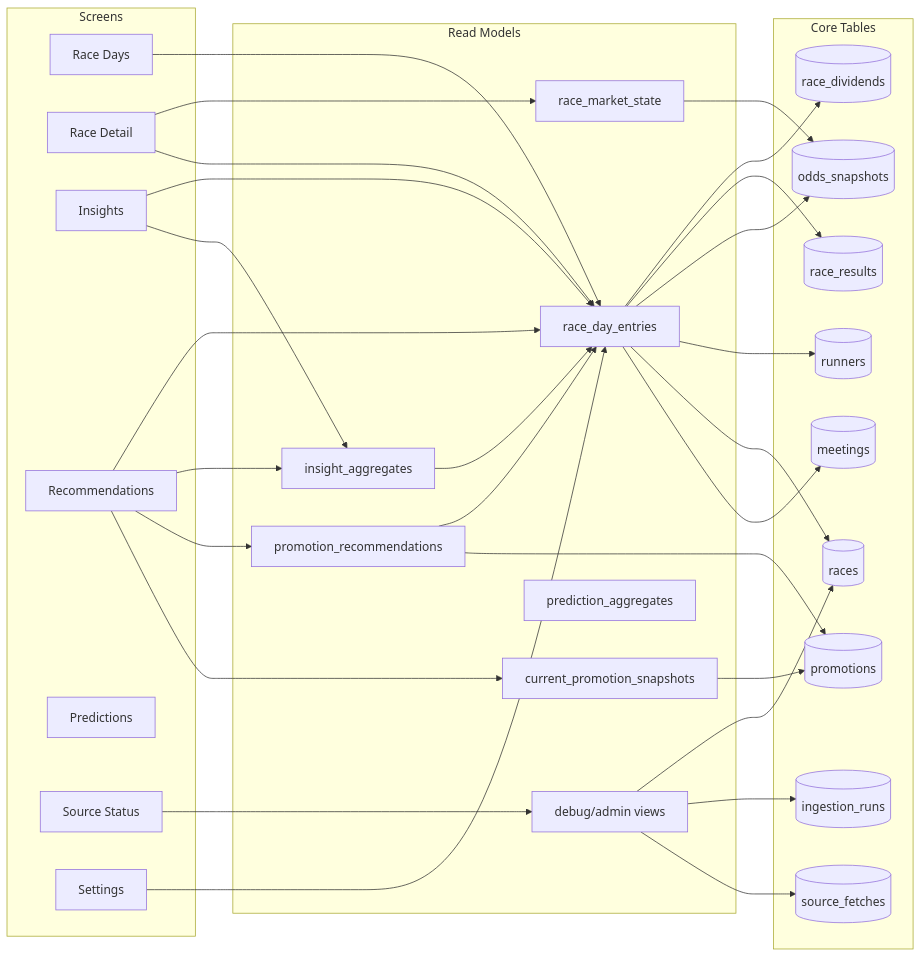
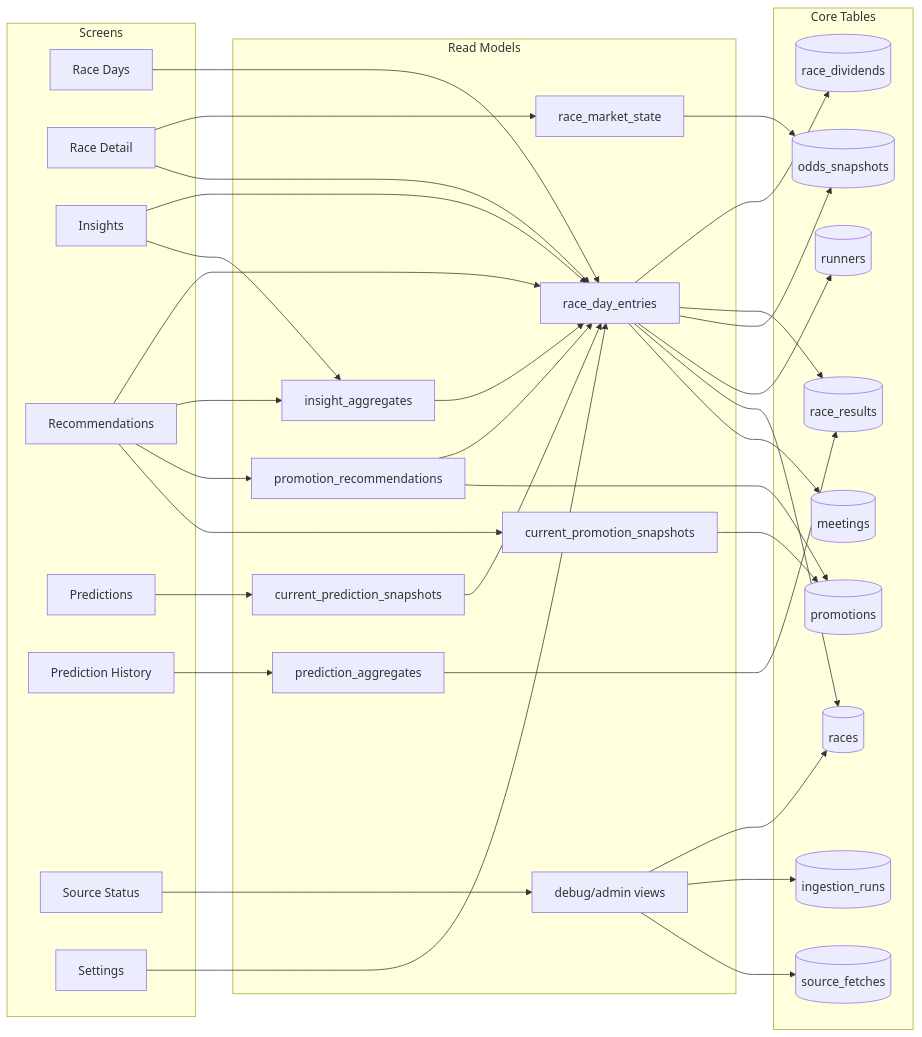
One commit to FabianDouch/feeling-gamba changed the third of 3 diagrams in docs/architecture/information-architecture.md. Above: the diagram before and after it, drawn with Mermaid. The commit also changed other lines of this file and 12 other files, not shown here.

````diff
--- a/docs/architecture/information-architecture.md
+++ b/docs/architecture/information-architecture.md
@@ -577,62 +617,68 @@
 ```mermaid
 flowchart LR
   subgraph screens[Screens]
     raceDays[Race Days]
     raceDetail[Race Detail]
     insights[Insights]
     recommendations[Recommendations]
     predictions[Predictions]
+    predictionHistory[Prediction History]
     sourceStatus[Source Status]
     settings[Settings]
   end
 
   subgraph views[Read Models]
     raceDayView[race_day_entries]
     marketState[race_market_state]
     insightView[insight_aggregates]
     promoCache[current_promotion_snapshots]
+    predictionCache[current_prediction_snapshots]
     predictionView[prediction_aggregates]
     promoView[promotion_recommendations]
     debugViews[debug/admin views]
   end
 
   subgraph tables[Core Tables]
     meetings[(meetings)]
     races[(races)]
     runners[(runners)]
     snapshots[(odds_snapshots)]
     results[(race_results)]
     dividends[(race_dividends)]
     promotions[(promotions)]
     fetches[(source_fetches)]
     runs[(ingestion_runs)]
   end
 
   raceDays --> raceDayView
   raceDetail --> raceDayView
   raceDetail --> marketState
   insights --> insightView
   insights --> raceDayView
   recommendations --> promoCache
   recommendations --> promoView
   recommendations --> insightView
   recommendations --> raceDayView
+  predictions --> predictionCache
+  predictionHistory --> predictionView
   sourceStatus --> debugViews
   settings --> raceDayView
 
   raceDayView --> meetings
   raceDayView --> races
   raceDayView --> runners
   raceDayView --> snapshots
   raceDayView --> results
   raceDayView --> dividends
   insightView --> raceDayView
   promoView --> promotions
   promoView --> raceDayView
   promoCache --> promotions
+  predictionCache --> raceDayView
+  predictionView --> results
 
   marketState --> snapshots
   debugViews --> fetches
   debugViews --> runs
   debugViews --> races
 ```
````
